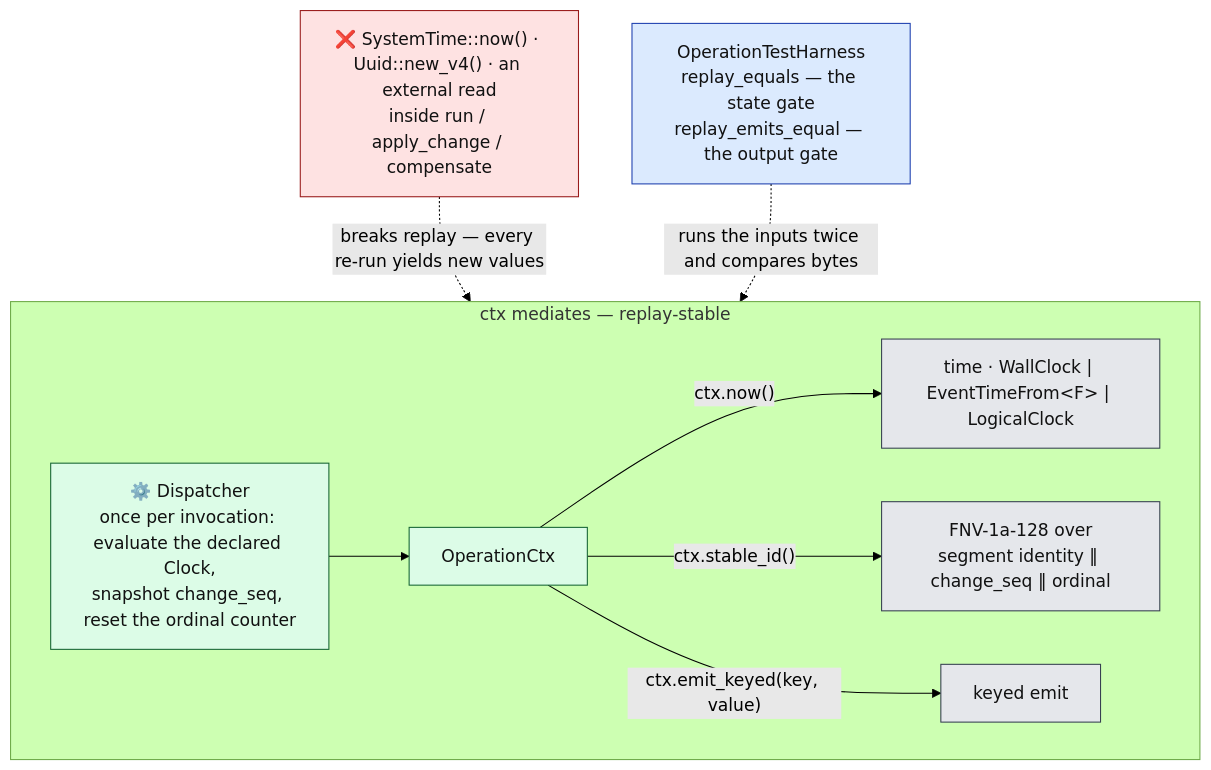
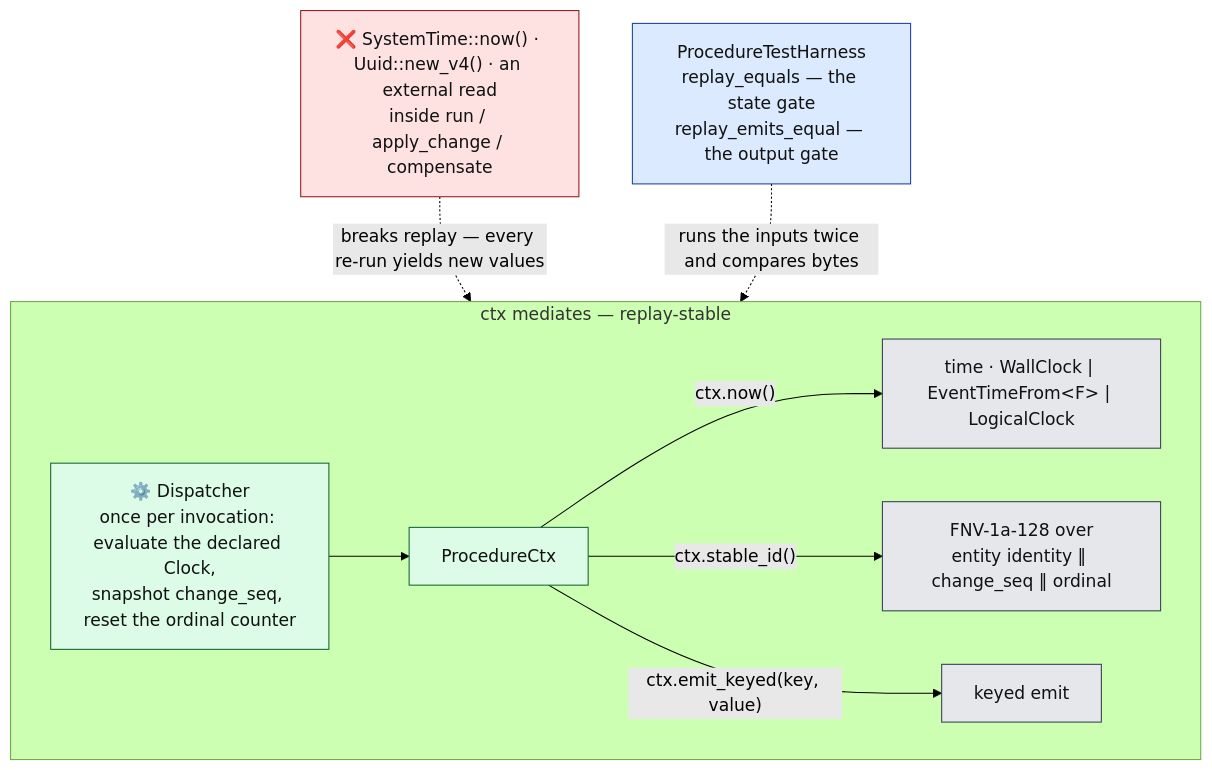
One commit to Flezha/flezha changed the eighth of 16 diagrams in docs/architecture/kernel.md. Above: the diagram before and after it, drawn with Mermaid (forest theme). The commit also changed other lines of this file and 658 other files, not shown here.

````diff
--- a/docs/architecture/kernel.md
+++ b/docs/architecture/kernel.md
@@ -346,21 +346,21 @@
 ```mermaid
 flowchart TB
     subgraph GOOD["ctx mediates — replay-stable"]
         DISP["⚙️ Dispatcher<br/>once per invocation: evaluate the declared Clock,<br/>snapshot change_seq, reset the ordinal counter"]:::exec
-        CTX["OperationCtx"]:::exec
+        CTX["ProcedureCtx"]:::exec
         DISP --> CTX
         CTX -->|"ctx.now()"| T["time · WallClock | EventTimeFrom&lt;F&gt; | LogicalClock"]:::store
-        CTX -->|"ctx.stable_id()"| ID["FNV-1a-128 over<br/>segment identity ‖ change_seq ‖ ordinal"]:::store
+        CTX -->|"ctx.stable_id()"| ID["FNV-1a-128 over<br/>entity identity ‖ change_seq ‖ ordinal"]:::store
         CTX -->|"ctx.emit_keyed(key, value)"| EM["keyed emit"]:::store
     end
     BAD["❌ SystemTime::now() · Uuid::new_v4() · an external read<br/>inside run / apply_change / compensate"]:::risk
-    HARNESS["OperationTestHarness<br/>replay_equals — the state gate<br/>replay_emits_equal — the output gate"]:::ctrl
+    HARNESS["ProcedureTestHarness<br/>replay_equals — the state gate<br/>replay_emits_equal — the output gate"]:::ctrl
 
     BAD -.->|"breaks replay — every re-run yields new values"| GOOD
     HARNESS -.->|"runs the inputs twice and compares bytes"| GOOD
 
     classDef ctrl fill:#dbeafe,stroke:#1e40af,color:#111
     classDef exec fill:#dcfce7,stroke:#166534,color:#111
     classDef store fill:#e5e7eb,stroke:#374151,color:#111
     classDef risk fill:#fee2e2,stroke:#991b1b,color:#111
 ```
````
